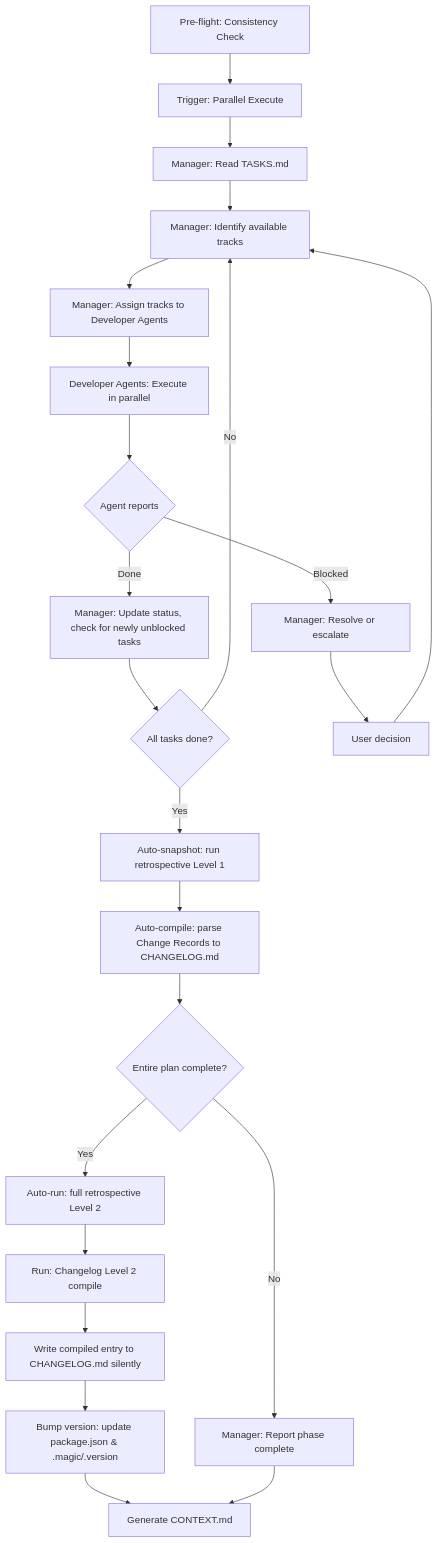
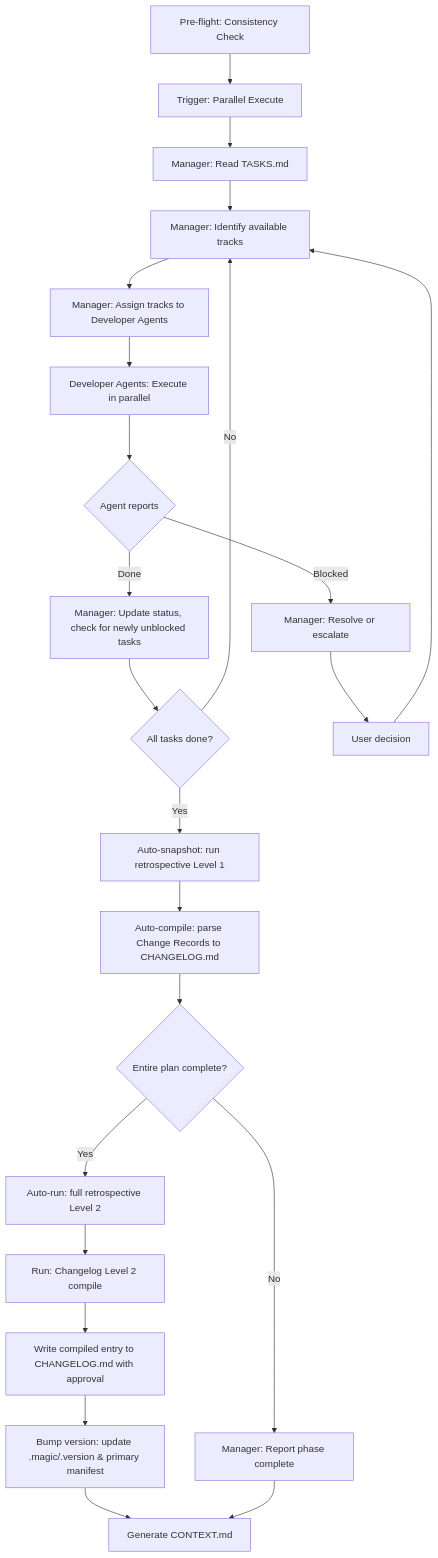
Before and after one commit to teratron/magic-spec: the second of 2 diagrams in .magic/run.md, drawn with Mermaid. The commit also changed other lines of this file and 7 other files, not shown here.

````diff
--- a/.magic/run.md
+++ b/.magic/run.md
@@ -111,25 +119,25 @@
 ```mermaid
 graph TD
     Z["Pre-flight: Consistency Check"] --> A
     A[Trigger: Parallel Execute] --> B[Manager: Read TASKS.md]
     B --> C[Manager: Identify available tracks]
     C --> D[Manager: Assign tracks to Developer Agents]
     D --> E[Developer Agents: Execute in parallel]
     E --> F{Agent reports}
     F -->|Done| G[Manager: Update status, check for newly unblocked tasks]
     F -->|Blocked| H[Manager: Resolve or escalate]
     G --> I{All tasks done?}
     I -->|No| C
     I -->|Yes| J[Auto-snapshot: run retrospective Level 1]
     J --> J1[Auto-compile: parse Change Records to CHANGELOG.md]
     J1 --> L{Entire plan complete?}
     L -->|Yes| M[Auto-run: full retrospective Level 2]
     M --> M1[Run: Changelog Level 2 compile]
-    M1 --> N1[Write compiled entry to CHANGELOG.md silently]
-    N1 --> N2[Bump version: update package.json & .magic/.version]
+    M1 --> N1[Write compiled entry to CHANGELOG.md with approval]
+    N1 --> N2[Bump version: update .magic/.version & primary manifest]
     N2 --> O[Generate CONTEXT.md]
     L -->|No| N[Manager: Report phase complete]
     N --> O
     H --> K[User decision]
     K --> C
 ```
````
